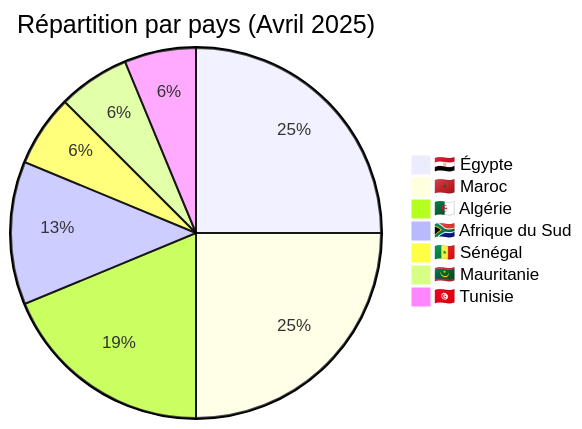
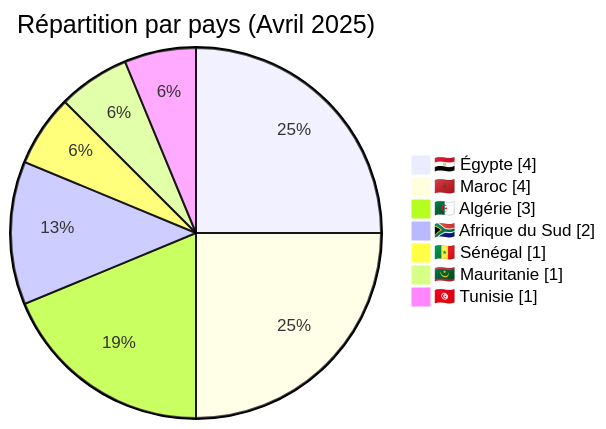
One commit to Hatchepsoute/AFRINTEL changed the third of 6 diagrams in CyberAttackAfrica/2025/04-april/README_FR.md. Above: the diagram before and after it, drawn with Mermaid. The commit also changed other lines of this file and 182 other files, not shown here.

````diff
--- a/CyberAttackAfrica/2025/04-april/README_FR.md
+++ b/CyberAttackAfrica/2025/04-april/README_FR.md
@@ -92,10 +97,11 @@
 ```mermaid
-pie title Répartition par pays (Avril 2025)
+pie showData
+    title Répartition par pays (Avril 2025)
     "🇪🇬 Égypte" : 4
     "🇲🇦 Maroc" : 4
     "🇩🇿 Algérie" : 3
     "🇿🇦 Afrique du Sud" : 2
     "🇸🇳 Sénégal" : 1
     "🇲🇷 Mauritanie" : 1
     "🇹🇳 Tunisie" : 1
 ```
````
